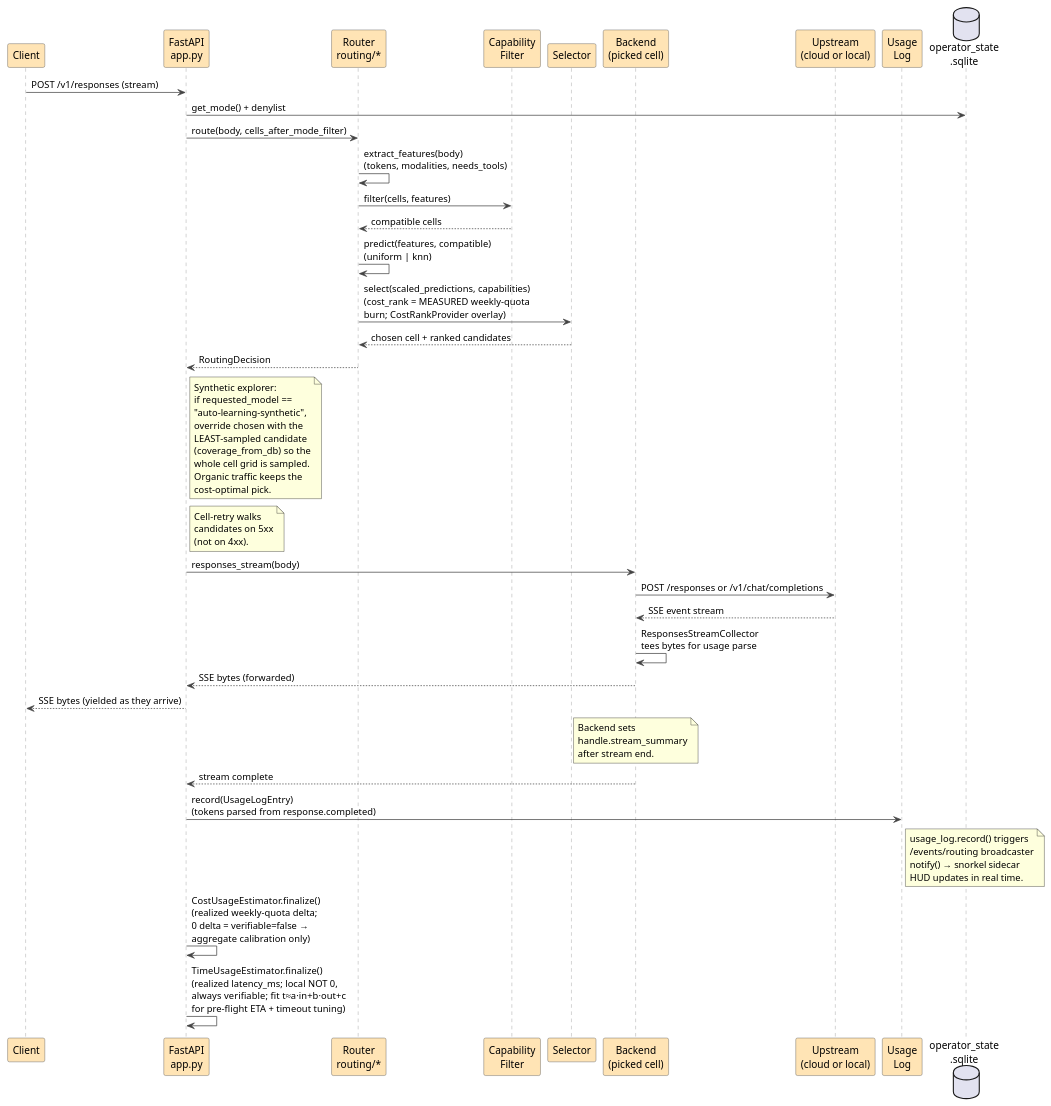
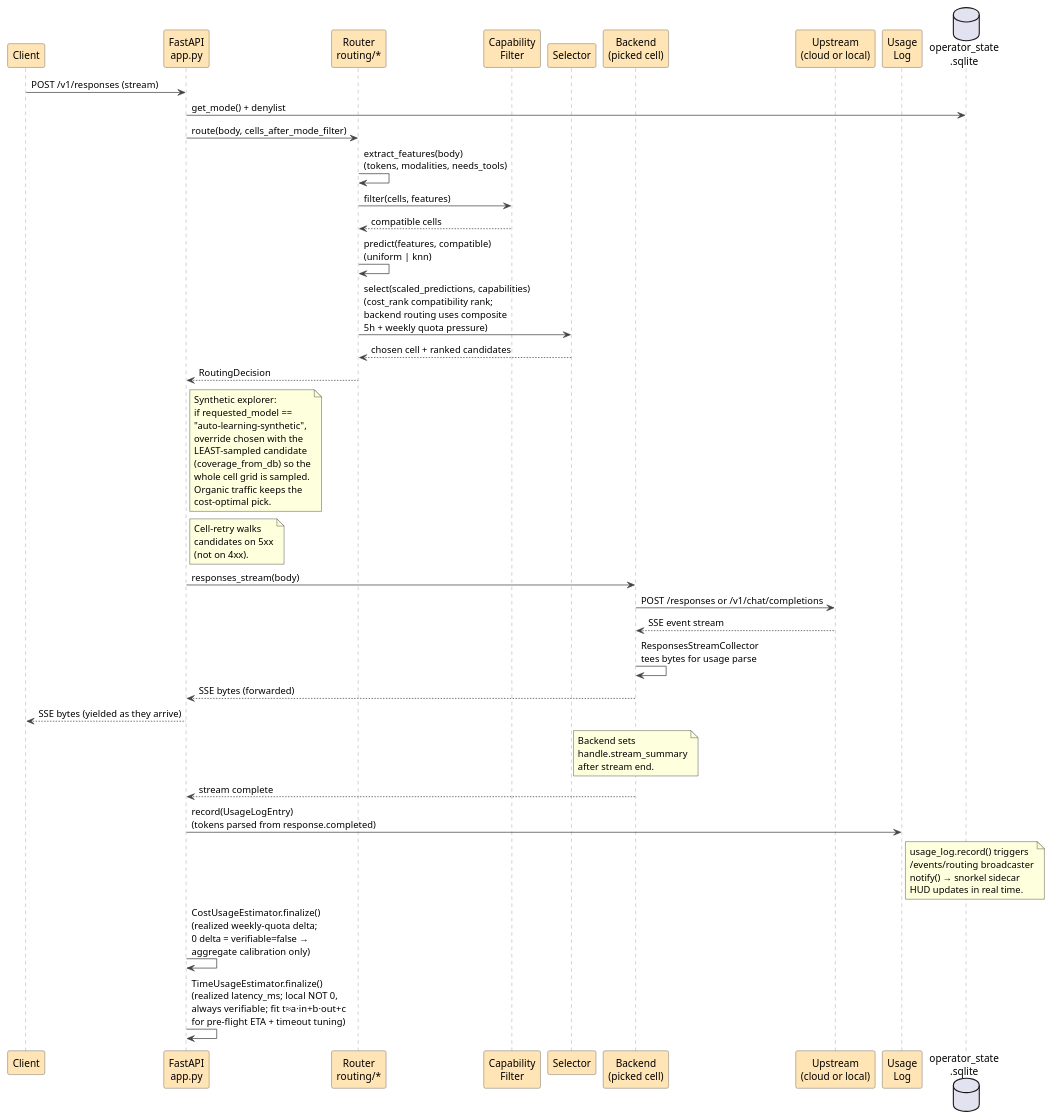
The diagram in docs/architecture/request_lifecycle.puml (rohankhanna/callosum), drawn with PlantUML before and after one commit. The commit also changed 11 other files, not shown here.

Commit message:
feat(routing): route against composite quota pressure

```diff
--- a/docs/architecture/request_lifecycle.puml
+++ b/docs/architecture/request_lifecycle.puml
@@ -1,84 +1,84 @@
 @startuml request_lifecycle
 ' Callosum request lifecycle — what happens between a client POST and
 ' the streamed response, including the parts the operator surfaces in
 ' callosum-ctl / snorkel / /events/routing care about.
 '
 ' This is a sequence at the process-internal level — not API contracts.
 
 skinparam backgroundColor #FFFFFF
 skinparam defaultFontName "Helvetica"
 skinparam shadowing false
 skinparam sequence {
   ArrowColor #444444
   LifeLineBorderColor #888888
   ParticipantBorderColor #444444
   ParticipantBackgroundColor #FFE4B5
   ParticipantFontColor #000000
 }
 
 participant "Client" as C
 participant "FastAPI\napp.py" as App
 participant "Router\nrouting/*" as R
 participant "Capability\nFilter" as CF
 participant "Selector" as S
 participant "Backend\n(picked cell)" as B
 participant "Upstream\n(cloud or local)" as U
 participant "Usage\nLog" as UL
 database "operator_state\n.sqlite" as OS
 
 C -> App : POST /v1/responses (stream)
 App -> OS : get_mode() + denylist
 App -> R : route(body, cells_after_mode_filter)
 R -> R : extract_features(body)\n(tokens, modalities, needs_tools)
 R -> CF : filter(cells, features)
 CF --> R : compatible cells
 R -> R : predict(features, compatible)\n(uniform | knn)
-R -> S : select(scaled_predictions, capabilities)\n(cost_rank = MEASURED weekly-quota\nburn; CostRankProvider overlay)
+R -> S : select(scaled_predictions, capabilities)\n(cost_rank compatibility rank;\nbackend routing uses composite\n5h + weekly quota pressure)
 S --> R : chosen cell + ranked candidates
 R --> App : RoutingDecision
 
 note right of App
   Synthetic explorer:
   if requested_model ==
   "auto-learning-synthetic",
   override chosen with the
   LEAST-sampled candidate
   (coverage_from_db) so the
   whole cell grid is sampled.
   Organic traffic keeps the
   cost-optimal pick.
 end note
 
 note right of App
   Cell-retry walks
   candidates on 5xx
   (not on 4xx).
 end note
 
 App -> B : responses_stream(body)
 B -> U : POST /responses or /v1/chat/completions
 U --> B : SSE event stream
 B -> B : ResponsesStreamCollector\ntees bytes for usage parse
 B --> App : SSE bytes (forwarded)
 App --> C : SSE bytes (yielded as they arrive)
 
 note over B
   Backend sets
   handle.stream_summary
   after stream end.
 end note
 
 B --> App : stream complete
 App -> UL : record(UsageLogEntry)\n(tokens parsed from response.completed)
 
 note right of UL
   usage_log.record() triggers
   /events/routing broadcaster
   notify() → snorkel sidecar
   HUD updates in real time.
 end note
 
 App -> App : CostUsageEstimator.finalize()\n(realized weekly-quota delta;\n0 delta = verifiable=false →\naggregate calibration only)
 App -> App : TimeUsageEstimator.finalize()\n(realized latency_ms; local NOT 0,\nalways verifiable; fit t≈a·in+b·out+c\nfor pre-flight ETA + timeout tuning)
 
 @enduml
```
